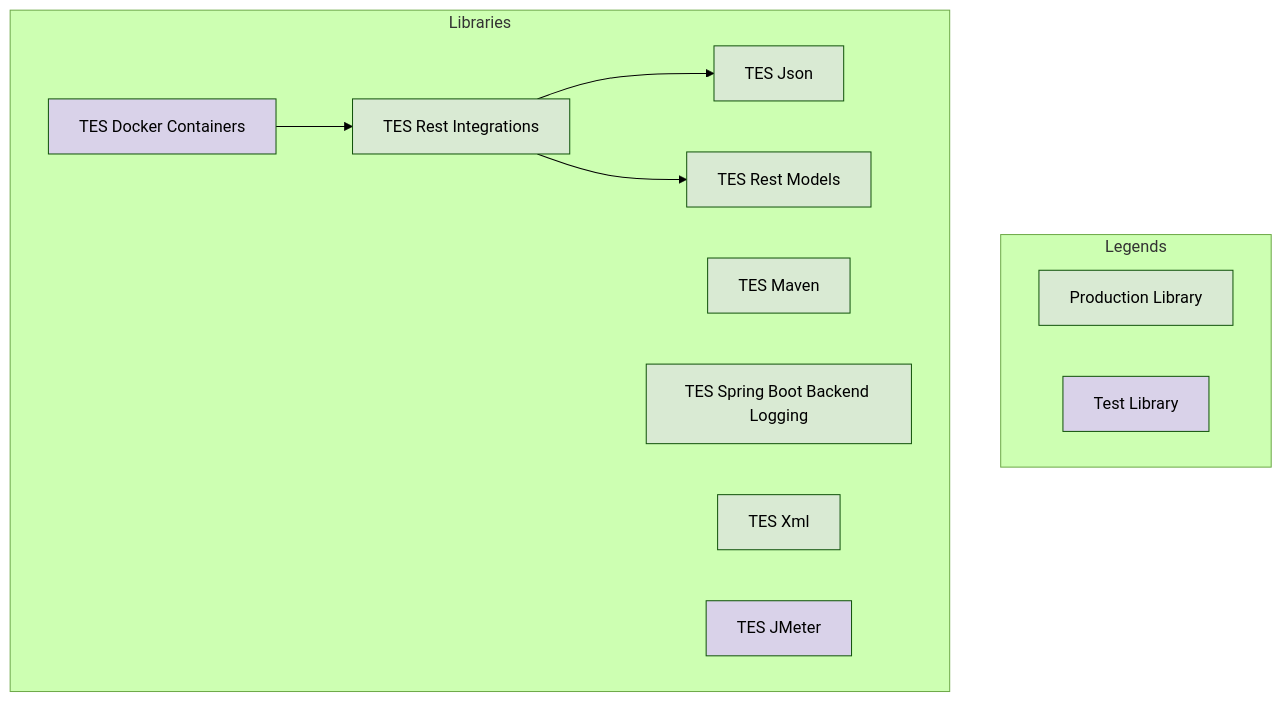
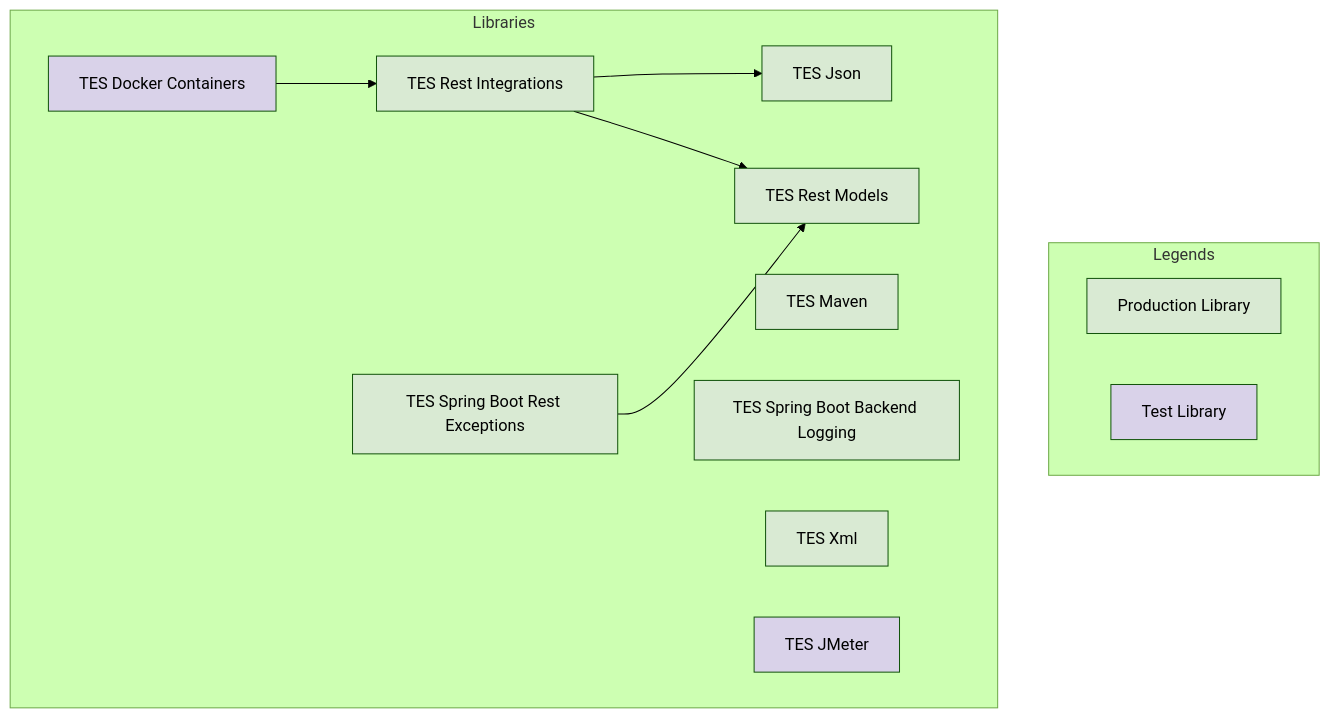
The diagram in doc/README.md (sunepoulsen/tes-foundation), drawn with Mermaid (forest theme) before and after one commit. The commit also changed other lines of this file and 13 other files, not shown here.

Commit message:
TES-120: Add `tes-spring-boot-rest-exceptions` to this monolith.

````diff
--- a/doc/README.md
+++ b/doc/README.md
@@ -26,23 +28,24 @@
 ```mermaid
 flowchart
     subgraph "Legends"
         legProdLib["Production Library"]:::prodLibrary
         legTestLib["Test Library"]:::testLibrary
     end
 
     subgraph "Libraries"
         tesJson["TES Json"]:::prodLibrary
         tesMaven["TES Maven"]:::prodLibrary
         tesRestModels["TES Rest Models"]:::prodLibrary
         tesSpringBootLogging["TES Spring Boot Backend Logging"]:::prodLibrary
         tesXml["TES Xml"]:::prodLibrary
         tesRestIntegrations["TES Rest Integrations"]:::prodLibrary --> tesJson
         tesRestIntegrations:::prodLibrary --> tesRestModels
+        tesSpringBootRestExceptions["TES Spring Boot Rest Exceptions"]:::prodLibrary --> tesRestModels
 
         tesDockerContainers["TES Docker Containers"]:::testLibrary --> tesRestIntegrations
         tesJMeter["TES JMeter"]:::testLibrary
     end
 
     classDef prodLibrary fill:#d9ead3,color:#000
     classDef testLibrary fill:#d9d2e9,color:#000
 ```
````
